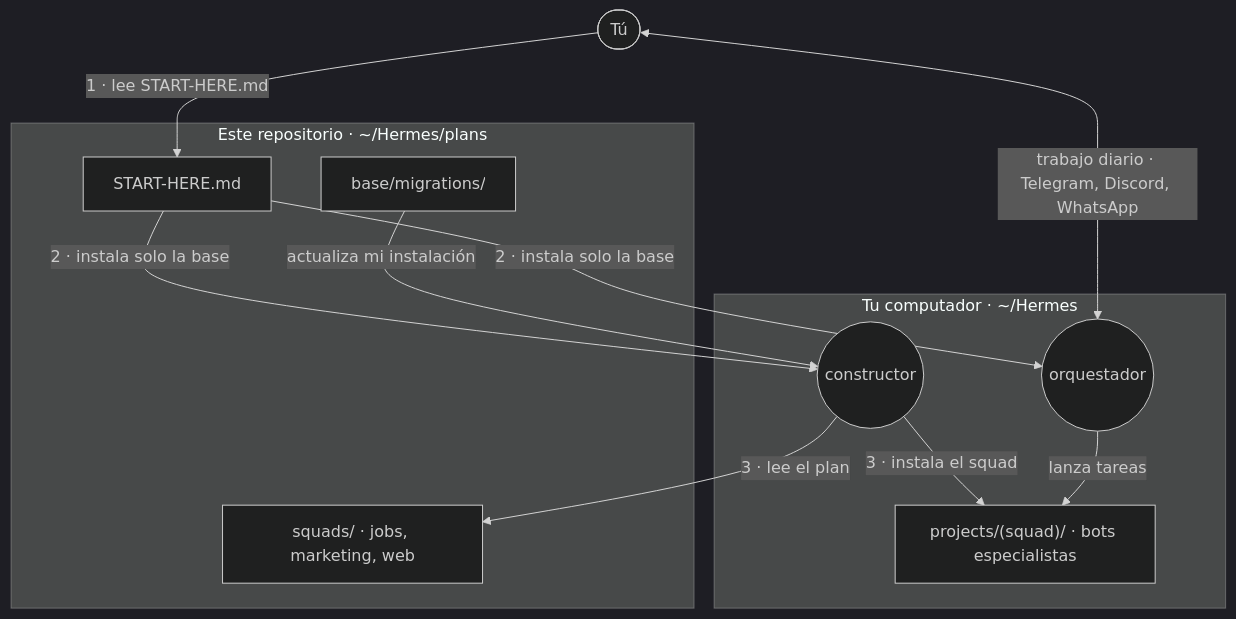
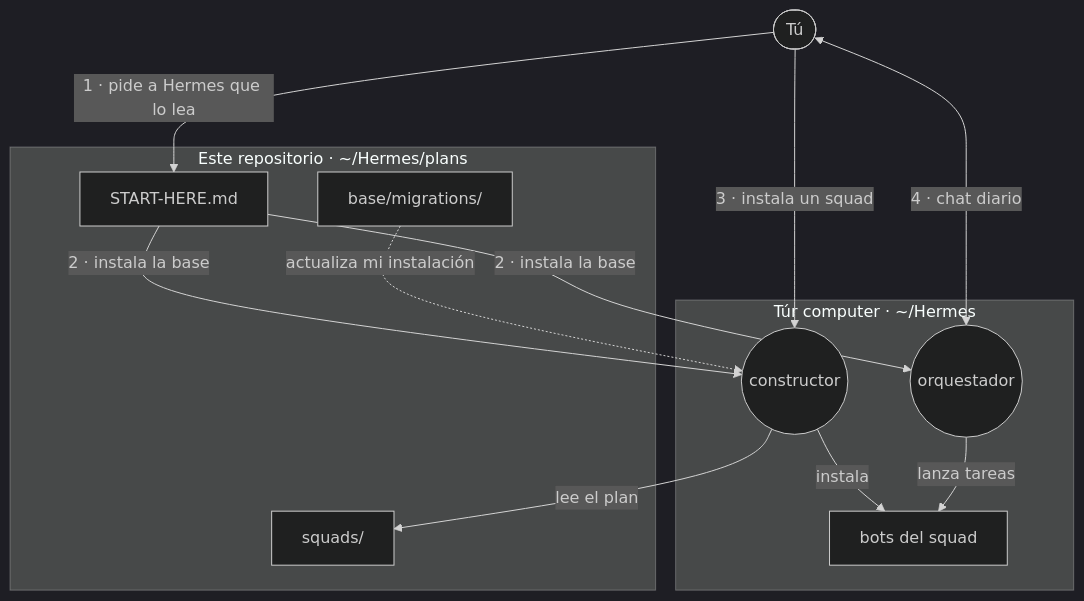
One commit to PuntoyComaTech/hermes-agent-squads changed the first of 2 diagrams in README.es.md. Above: the diagram before and after it, drawn with Mermaid (dark theme). The commit also changed other lines of this file and 8 other files, not shown here.

````diff
--- a/README.es.md
+++ b/README.es.md
@@ -14,22 +14,23 @@
 ```mermaid
 flowchart TB
     U([Tú])
-    subgraph repo["Este repositorio · ~/Hermes/plans"]
+    subgraph plans["Este repositorio · ~/Hermes/plans"]
         SH["START-HERE.md"]
-        SQ["squads/ · jobs, marketing, web"]
-        M["base/migrations/"]
+        SQ["squads/"]
+        MG["base/migrations/"]
     end
-    subgraph pc["Tu computador · ~/Hermes"]
+    subgraph home["Túr computer · ~/Hermes"]
         O(("orquestador"))
-        BU(("constructor"))
-        P["projects/(squad)/ · bots especialistas"]
+        B(("constructor"))
+        P["bots del squad"]
     end
-    U -->|"1 · lee START-HERE.md"| SH
-    SH -->|"2 · instala solo la base"| O
-    SH -->|"2 · instala solo la base"| BU
-    BU -->|"3 · lee el plan"| SQ
-    BU -->|"3 · instala el squad"| P
-    M -->|"actualiza mi instalación"| BU
-    U <-->|"trabajo diario · Telegram, Discord, WhatsApp"| O
+    U -->|"1 · pide a Hermes que lo lea"| SH
+    SH -->|"2 · instala la base"| O
+    SH -->|"2 · instala la base"| B
+    U -->|"3 · instala un squad"| B
+    B -->|"lee el plan"| SQ
+    B -->|"instala"| P
+    MG -.->|"actualiza mi instalación"| B
+    U <-->|"4 · chat diario"| O
     O -->|"lanza tareas"| P
 ```
````
